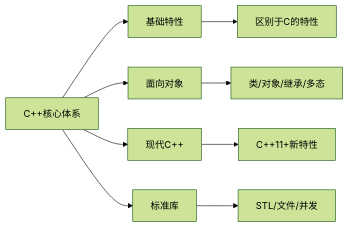
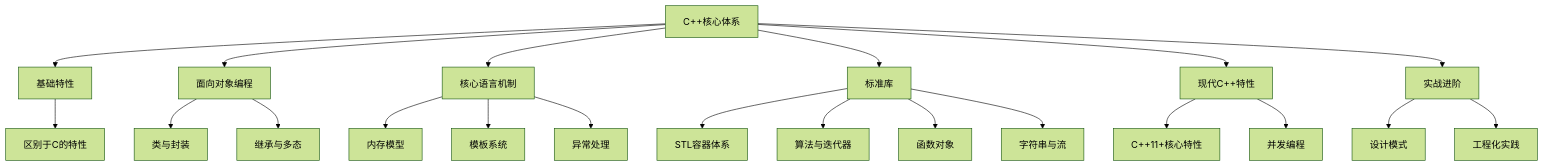
One commit to Mokovi/CppStudy changed the diagram in readme.md. Above: the diagram before and after it, drawn with Mermaid (forest theme). The commit also changed other lines of this file and 3 other files, not shown here.

````diff
--- a/readme.md
+++ b/readme.md
@@ -9,11 +5,23 @@
 ```mermaid
-graph LR
+graph TD
 A[C++核心体系] --> B[基础特性]
-A --> C[面向对象]
-A --> D[现代C++]
+A --> C[面向对象编程]
+A --> D[核心语言机制]
 A --> E[标准库]
-B --> F[区别于C的特性]
-C --> G[类/对象/继承/多态]
-D --> H[C++11+新特性]
-E --> I[STL/文件/并发]
+A --> F[现代C++特性]
+A --> G[实战进阶]
+B --> H[区别于C的特性]
+C --> I[类与封装]
+C --> J[继承与多态]
+D --> K[内存模型]
+D --> L[模板系统]
+D --> M[异常处理]
+E --> N[STL容器体系]
+E --> O[算法与迭代器]
+E --> P[函数对象]
+E --> Q[字符串与流]
+F --> R[C++11+核心特性]
+F --> S[并发编程]
+G --> T[设计模式]
+G --> U[工程化实践]
 ```
````
